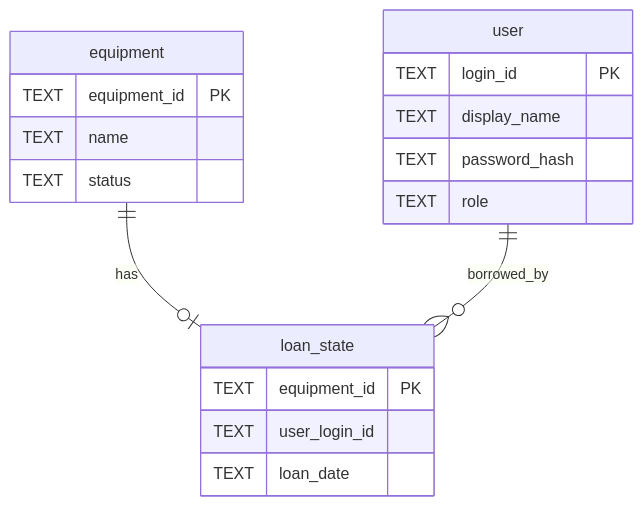
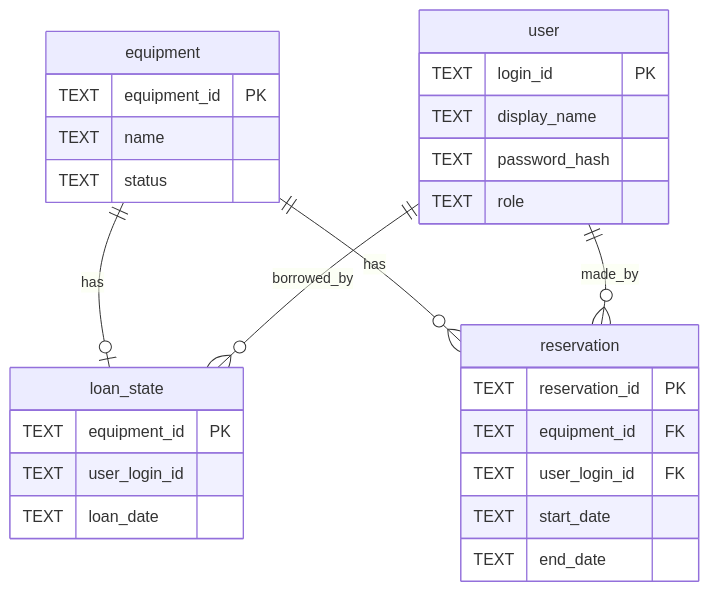
Before and after one commit to notfolder/isdd: the third of 13 diagrams in docs/detail_design.md, drawn with Mermaid. The commit also changed other lines of this file and 35 other files, not shown here.

````diff
--- a/docs/detail_design.md
+++ b/docs/detail_design.md
@@ -91,21 +118,30 @@
 ```mermaid
 erDiagram
     equipment {
         TEXT equipment_id PK
         TEXT name
         TEXT status
     }
     user {
         TEXT login_id PK
         TEXT display_name
         TEXT password_hash
         TEXT role
     }
     loan_state {
         TEXT equipment_id PK
         TEXT user_login_id
         TEXT loan_date
     }
+    reservation {
+        TEXT reservation_id PK
+        TEXT equipment_id FK
+        TEXT user_login_id FK
+        TEXT start_date
+        TEXT end_date
+    }
     equipment ||--o| loan_state : "has"
     user ||--o{ loan_state : "borrowed_by"
+    equipment ||--o{ reservation : "has"
+    user ||--o{ reservation : "made_by"
 ```
````
